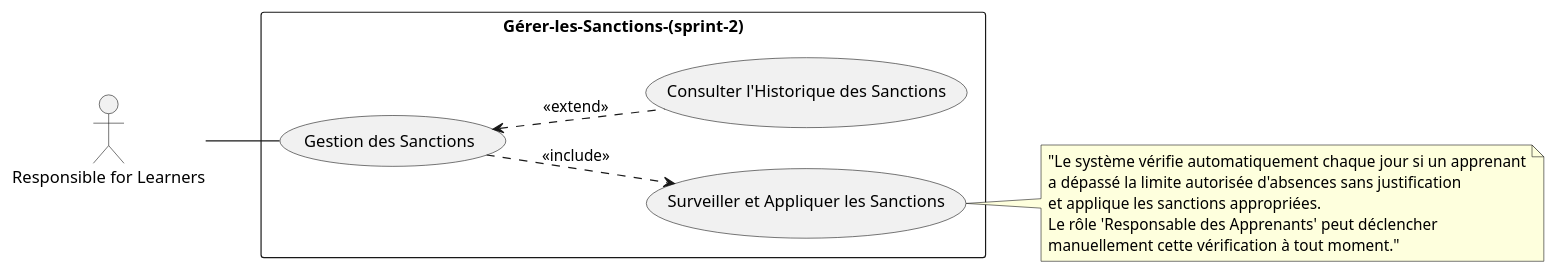
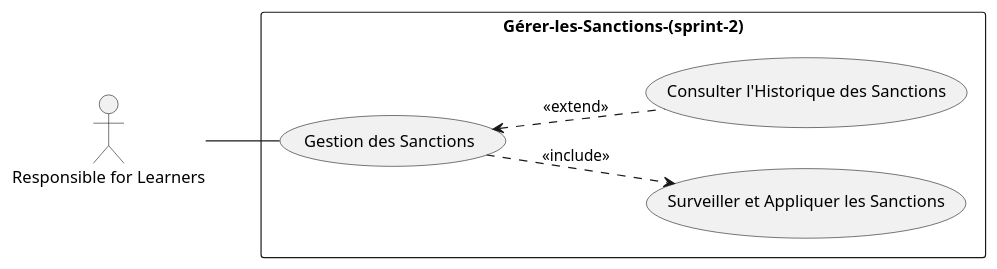
One commit to Tribak-Ayoub/Project-fil-rouge changed the diagram in Functional Branch/Use Case/Use-Case-Sprint2.puml. Above: the diagram before and after it, drawn with PlantUML. The commit also changed 6 other files, not shown here.

```diff
--- a/Functional Branch/Use Case/Use-Case-Sprint2.puml
+++ b/Functional Branch/Use Case/Use-Case-Sprint2.puml
@@ -1,24 +1,24 @@
 @startuml
 left to right direction
 actor "Responsible for Learners" as Admin
 
 rectangle Gérer-les-Sanctions-(sprint-2) {
   usecase "Surveiller et Appliquer les Sanctions" as UC2
   usecase "Consulter l'Historique des Sanctions" as UC4
   usecase "Gestion des Sanctions" as UC5
 }
 
-note right of UC2
-"Le système vérifie automatiquement chaque jour si un apprenant
-a dépassé la limite autorisée d'absences sans justification 
-et applique les sanctions appropriées.
-Le rôle 'Responsable des Apprenants' peut déclencher 
-manuellement cette vérification à tout moment."
-end note
+' note right of UC2
+' "Le système vérifie automatiquement chaque jour si un apprenant
+' a dépassé la limite autorisée d'absences sans justification 
+' et applique les sanctions appropriées.
+' Le rôle 'Responsable des Apprenants' peut déclencher 
+' manuellement cette vérification à tout moment."
+' end note
 
 Admin -- UC5
 
 UC5 <.. UC4 : <<extend>>
 UC5 ..> UC2 : <<include>>
 
 @enduml
```
